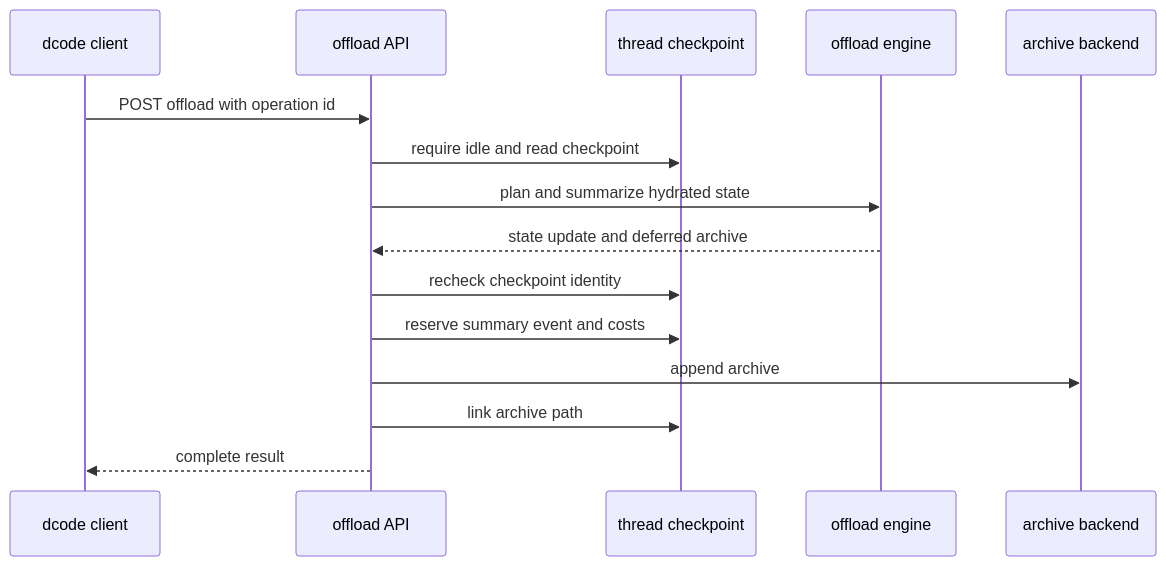
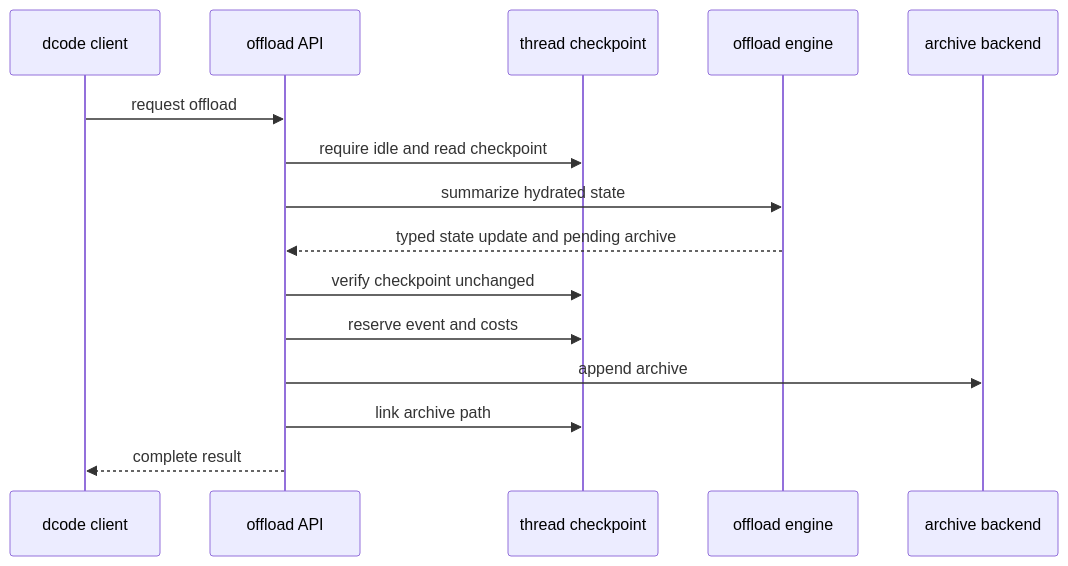
The second of 2 diagrams in openwiki/concepts/context-management.md (langchain-ai/deepagents), drawn with Mermaid before and after one commit. The commit also changed other lines of this file and 44 other files, not shown here.

````diff
--- a/openwiki/concepts/context-management.md
+++ b/openwiki/concepts/context-management.md
@@ -95,17 +122,17 @@
 ```mermaid
 sequenceDiagram
-    participant UI as dcode client
+    participant Client as dcode client
     participant API as offload API
     participant Thread as thread checkpoint
     participant Engine as offload engine
     participant Store as archive backend
-    UI->>API: POST offload with operation id
+    Client->>API: request offload
     API->>Thread: require idle and read checkpoint
-    API->>Engine: plan and summarize hydrated state
-    Engine-->>API: state update and deferred archive
-    API->>Thread: recheck checkpoint identity
-    API->>Thread: reserve summary event and costs
+    API->>Engine: summarize hydrated state
+    Engine-->>API: typed state update and pending archive
+    API->>Thread: verify checkpoint unchanged
+    API->>Thread: reserve event and costs
     API->>Store: append archive
     API->>Thread: link archive path
-    API-->>UI: complete result
+    API-->>Client: complete result
 ```
````
